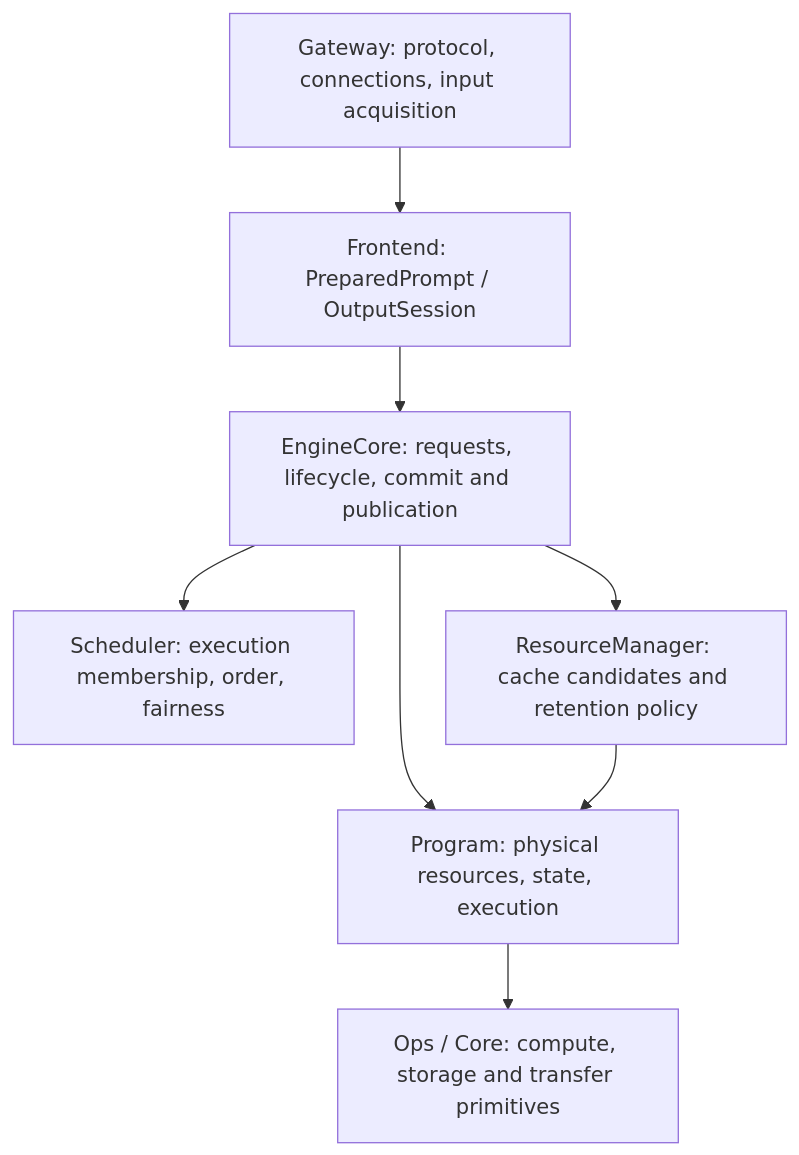
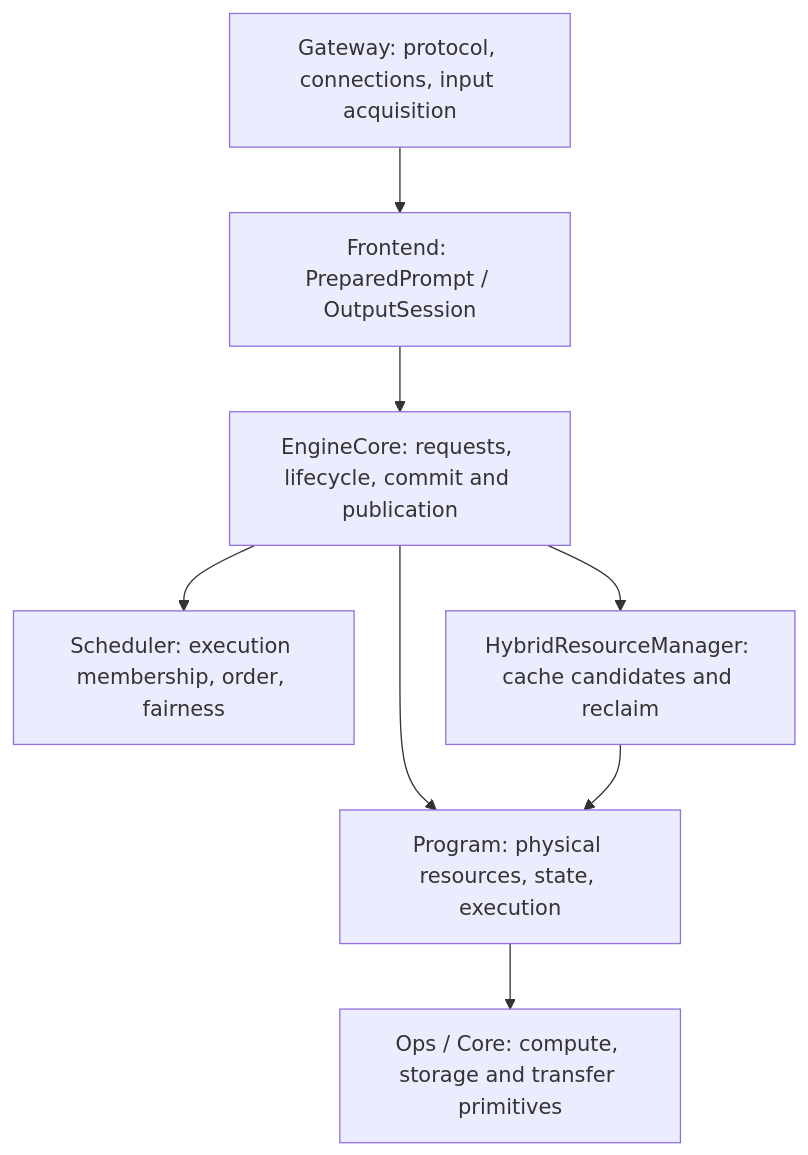
One commit to Wallawalla47/Infernix changed the second of 3 diagrams in docs/maintainer/engine-architecture.md. Above: the diagram before and after it, drawn with Mermaid. The commit also changed other lines of this file and 106 other files, not shown here.

````diff
--- a/docs/maintainer/engine-architecture.md
+++ b/docs/maintainer/engine-architecture.md
@@ -62,10 +63,10 @@
 ```mermaid
 flowchart TD
     G["Gateway: protocol, connections, input acquisition"] --> F["Frontend: PreparedPrompt / OutputSession"]
     F --> E["EngineCore: requests, lifecycle, commit and publication"]
     E --> S["Scheduler: execution membership, order, fairness"]
-    E --> R["ResourceManager: cache candidates and retention policy"]
+    E --> R["HybridResourceManager: cache candidates and reclaim"]
     E --> P["Program: physical resources, state, execution"]
     R --> P
     P --> O["Ops / Core: compute, storage and transfer primitives"]
 ```
````
